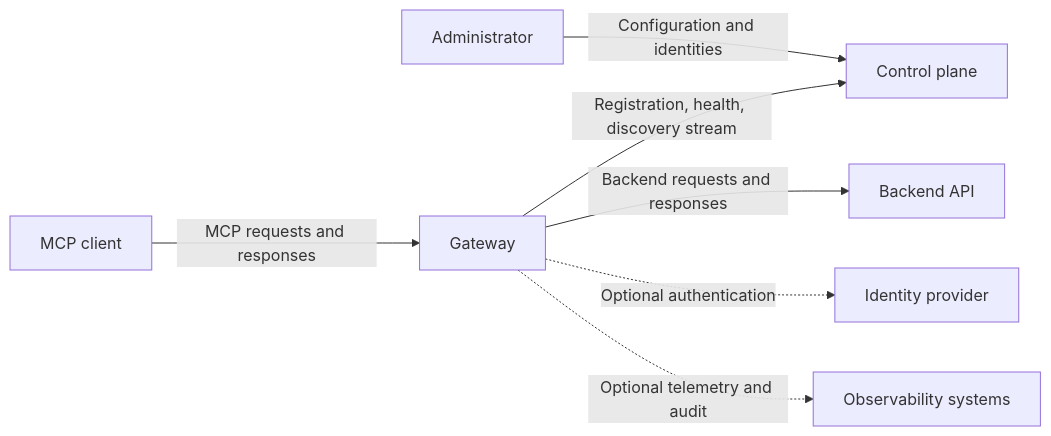
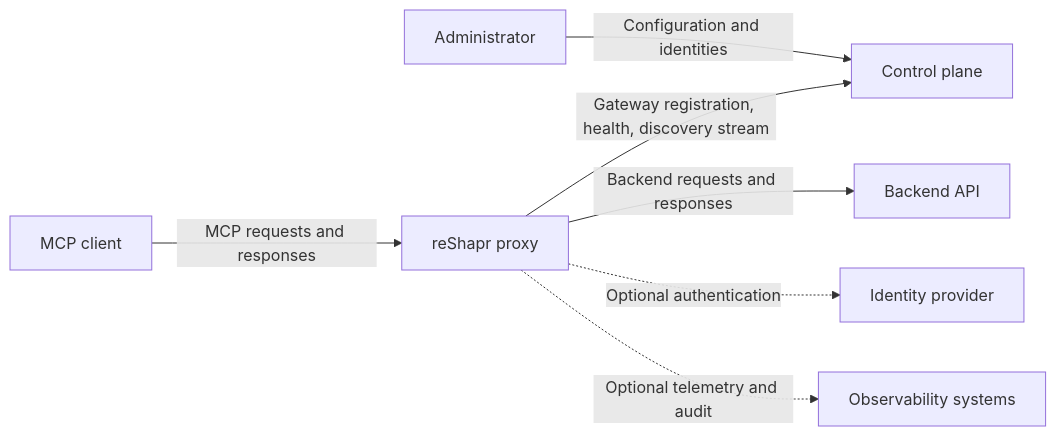
One commit to reshaprio/reshapr.io changed the diagram in docs/explanations/deployment-models-trust-boundaries.md. Above: the diagram before and after it, drawn with Mermaid. The commit also changed other lines of this file and 33 other files, not shown here.

Commit message:
chore(docs): #50 Add contextual demos and polis gateway vs proxy terminology Signed-off-by: Laurent Broudoux <laurent.broudoux@gmail.com>

````diff
--- a/docs/explanations/deployment-models-trust-boundaries.md
+++ b/docs/explanations/deployment-models-trust-boundaries.md
@@ -13,9 +13,9 @@
 ```mermaid
 flowchart LR
   Admin[Administrator] -->|Configuration and identities| Control[Control plane]
-  Gateway[Gateway] -->|Registration, health, discovery stream| Control
-  Client[MCP client] -->|MCP requests and responses| Gateway
-  Gateway -->|Backend requests and responses| Backend[Backend API]
-  Gateway -.->|Optional authentication| IdP[Identity provider]
-  Gateway -.->|Optional telemetry and audit| Observability[Observability systems]
+  Proxy[reShapr proxy] -->|Gateway registration, health, discovery stream| Control
+  Client[MCP client] -->|MCP requests and responses| Proxy
+  Proxy -->|Backend requests and responses| Backend[Backend API]
+  Proxy -.->|Optional authentication| IdP[Identity provider]
+  Proxy -.->|Optional telemetry and audit| Observability[Observability systems]
 ```
````
